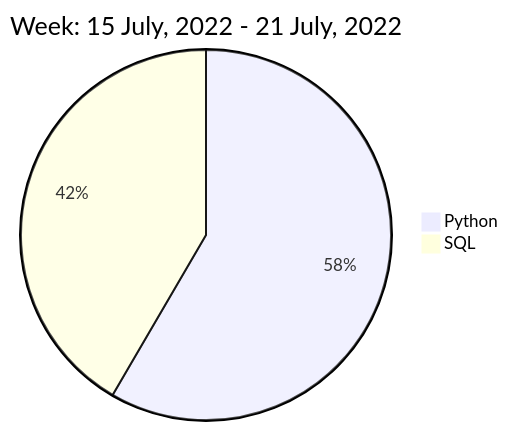
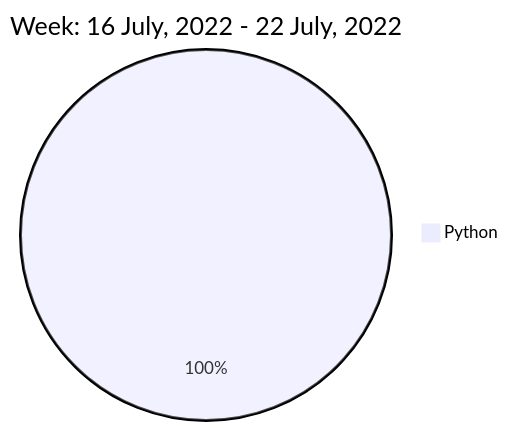
Before and after one commit to liubin95/liubin95: the diagram in README.md, drawn with Mermaid.

Commit message:
Updated the Graph with new Metrics

````diff
--- a/README.md
+++ b/README.md
@@ -40,6 +40,5 @@
 ```mermaid
  pie
-title Week: 15 July, 2022 - 21 July, 2022
+title Week: 16 July, 2022 - 22 July, 2022
  "Python" : 2.57
- "SQL" : 1.83
 ```
````
